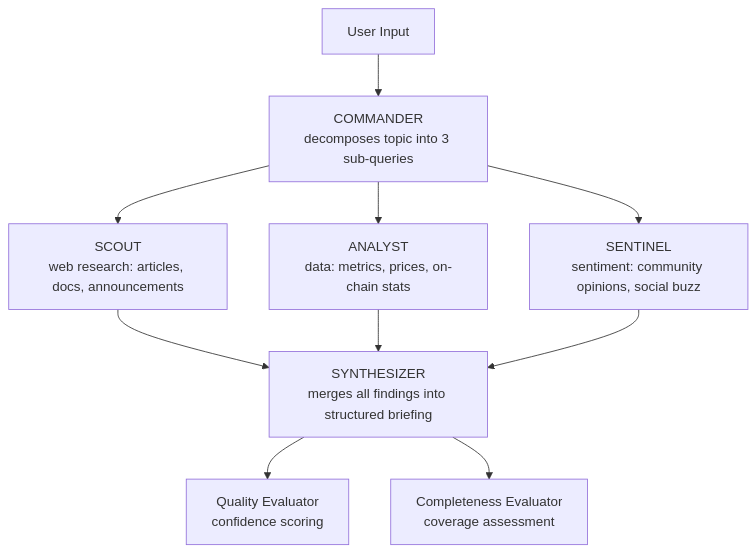
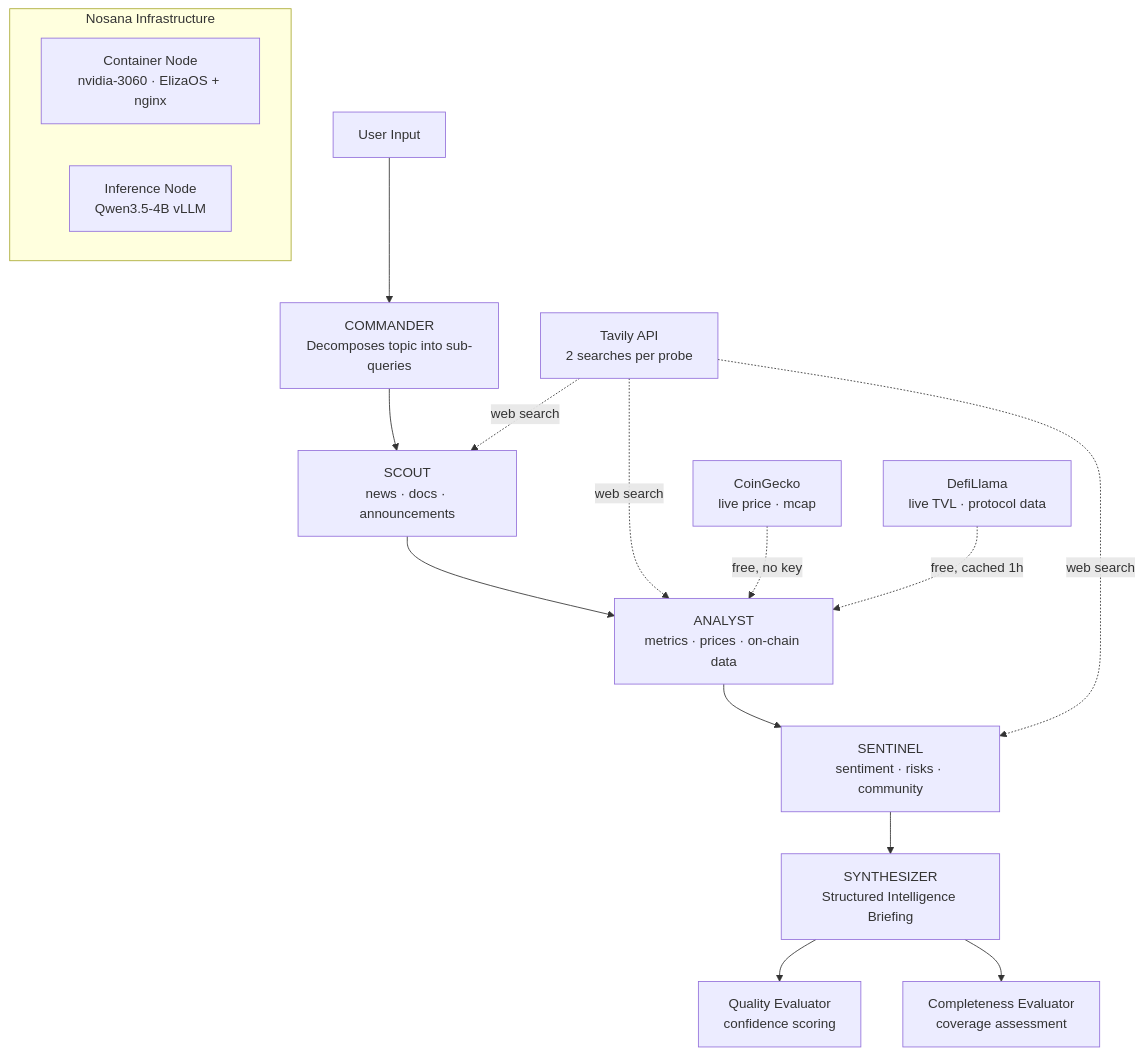
The diagram in README.md (jordi-stack/agent-challenge), drawn with Mermaid before and after one commit. The commit also changed other lines of this file and 8 other files, not shown here.

First line of the commit message:
feat: replace CMC with CoinGecko, rewrite DefiLlama client, overhaul search queries

````diff
--- a/README.md
+++ b/README.md
@@ -11,12 +11,21 @@
 ```mermaid
 graph TD
-    U[User Input] --> CMD[COMMANDER\ndecomposes topic into 3 sub-queries]
-    CMD --> S[SCOUT\nweb research: articles, docs, announcements]
-    CMD --> A[ANALYST\ndata: metrics, prices, on-chain stats]
-    CMD --> SN[SENTINEL\nsentiment: community opinions, social buzz]
-    S --> SY[SYNTHESIZER\nmerges all findings into structured briefing]
-    A --> SY
-    SN --> SY
+    U[User Input] --> CMD[COMMANDER\nDecomposes topic into sub-queries]
+    CMD --> S[SCOUT\nnews · docs · announcements]
+    S --> A[ANALYST\nmetrics · prices · on-chain data]
+    A --> SN[SENTINEL\nsentiment · risks · community]
+    SN --> SY[SYNTHESIZER\nStructured Intelligence Briefing]
     SY --> QE[Quality Evaluator\nconfidence scoring]
     SY --> CE[Completeness Evaluator\ncoverage assessment]
+
+    TAV[Tavily API\n2 searches per probe] -.->|web search| S
+    TAV -.->|web search| A
+    TAV -.->|web search| SN
+    CG[CoinGecko\nlive price · mcap] -.->|free, no key| A
+    DL[DefiLlama\nlive TVL · protocol data] -.->|free, cached 1h| A
+
+    subgraph Nosana Infrastructure
+        NC[Container Node\nnvidia-3060 · ElizaOS + nginx]
+        NI[Inference Node\nQwen3.5-4B vLLM]
+    end
 ```
````
